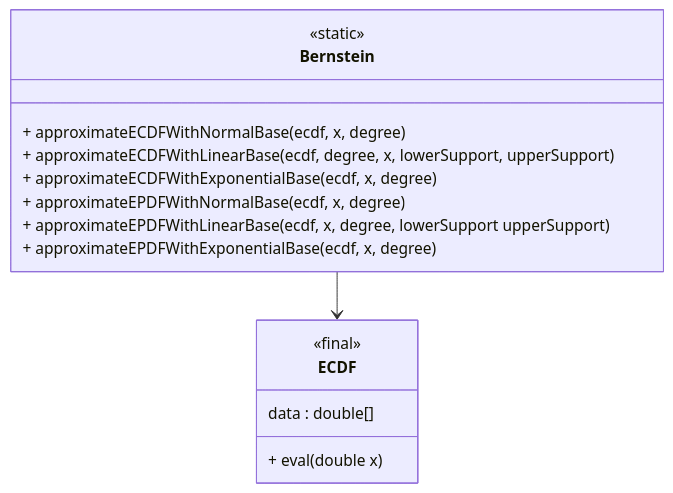
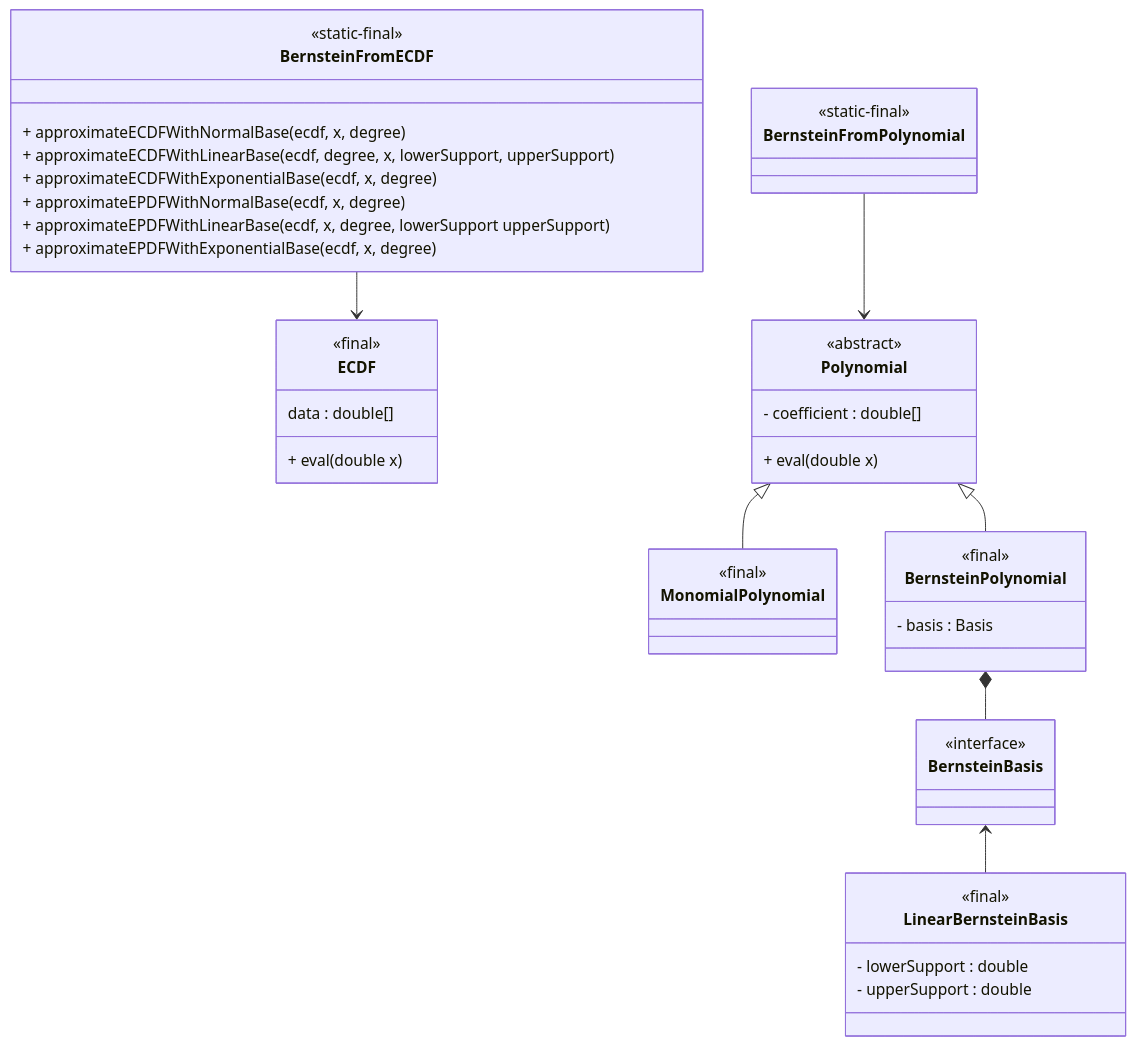
The diagram in report/images/2-bernstein/class_diagram.mmd (edoardosarri24/probabilistic-soft-real-time-analysis), drawn with Mermaid before and after one commit. The commit also changed 13 other files, not shown here.

Commit message:
approximation of monomial polynomial with BP

```diff
--- a/report/images/2-bernstein/class_diagram.mmd
+++ b/report/images/2-bernstein/class_diagram.mmd
@@ -1,21 +1,56 @@
 classDiagram
 
-    %% Approximation
-    class Bernstein {
-        <<static>>
+    %% BernsteinFromECDF
+    class BernsteinFromECDF {
+        <<static-final>>
         + approximateECDFWithNormalBase(ecdf, x, degree)
         + approximateECDFWithLinearBase(ecdf, degree, x, lowerSupport, upperSupport)
         + approximateECDFWithExponentialBase(ecdf, x, degree)
         + approximateEPDFWithNormalBase(ecdf, x, degree)
         + approximateEPDFWithLinearBase(ecdf, x, degree, lowerSupport upperSupport)
         + approximateEPDFWithExponentialBase(ecdf, x, degree)
     }
 
     class ECDF {
         <<final>>
         data : double[]
         + eval(double x)
     }
 
-    %% Relations
-    Bernstein --> ECDF
+    BernsteinFromECDF --> ECDF
+
+    %% BernsteinFromPolynomial
+    class BernsteinFromPolynomial {
+        <<static-final>>
+    }
+
+    class Polynomial {
+        <<abstract>>
+        - coefficient : double[]
+        + eval(double x)
+    }
+
+    class MonomialPolynomial {
+        <<final>>
+    }
+
+    class BernsteinPolynomial {
+        <<final>>
+        - basis : Basis
+    }
+
+    class BernsteinBasis {
+        <<interface>>
+    }
+
+    class LinearBernsteinBasis {
+        <<final>>
+        - lowerSupport : double
+        - upperSupport : double
+    }
+
+    BernsteinFromPolynomial --> Polynomial
+    Polynomial <|-- MonomialPolynomial
+    Polynomial <|-- BernsteinPolynomial
+    BernsteinPolynomial *-- BernsteinBasis
+    BernsteinBasis <-- LinearBernsteinBasis
```
